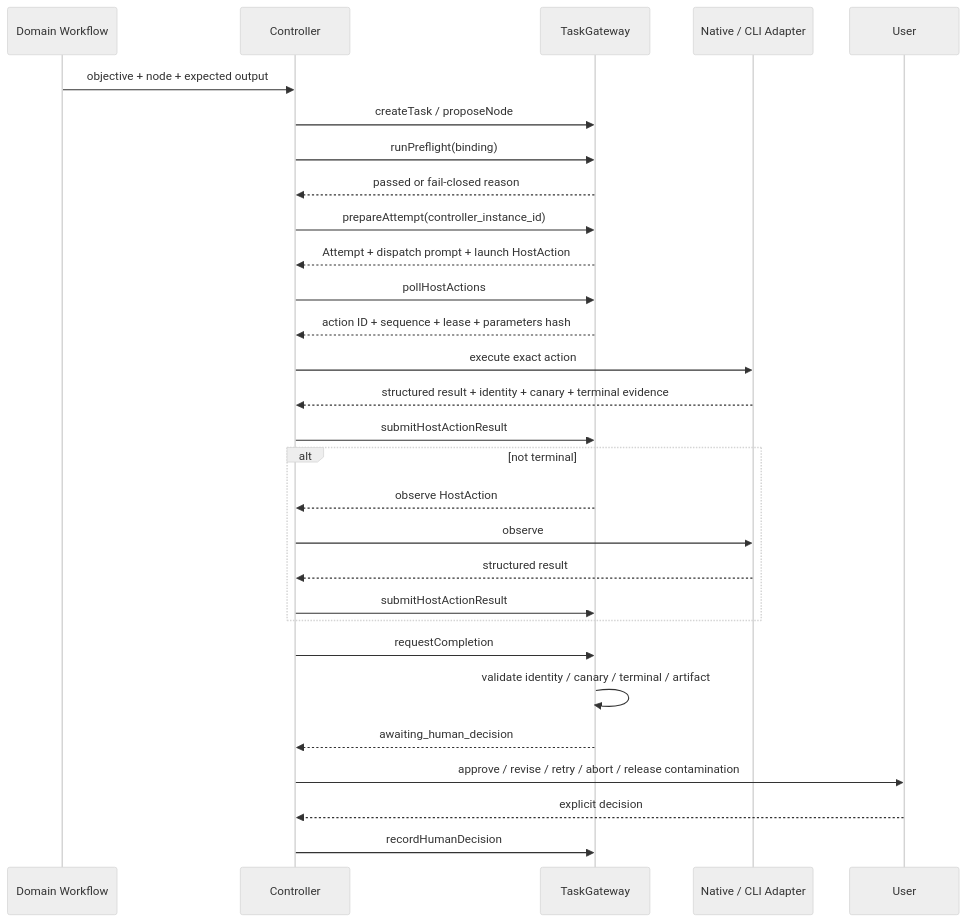
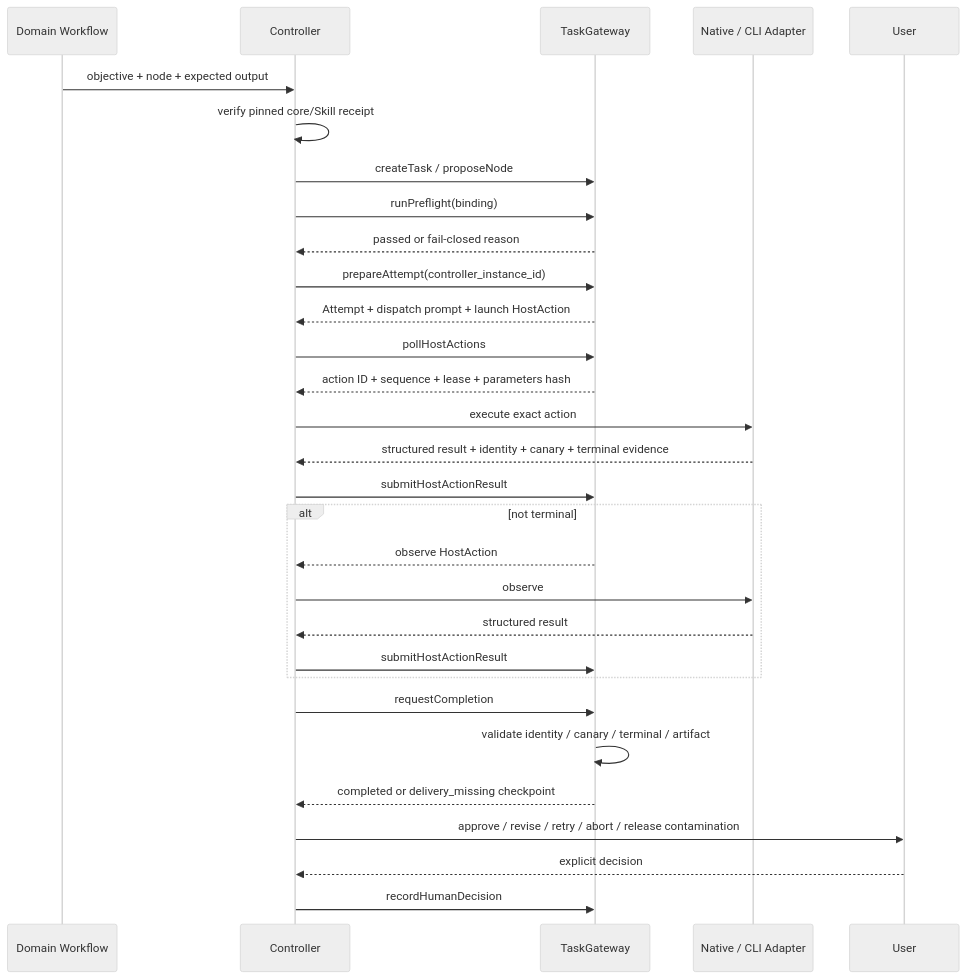
One commit to Ice-Maple/agent-workflow-toolkit changed the second of 2 diagrams in docs/architecture/multi-agent-orchestration-architecture.md. Above: the diagram before and after it, drawn with Mermaid (neutral theme). The commit also changed other lines of this file and 26 other files, not shown here.

````diff
--- a/docs/architecture/multi-agent-orchestration-architecture.md
+++ b/docs/architecture/multi-agent-orchestration-architecture.md
@@ -185,32 +195,33 @@
 ```mermaid
 sequenceDiagram
     participant D as Domain Workflow
     participant C as Controller
     participant G as TaskGateway
     participant A as Native / CLI Adapter
     participant U as User
 
     D->>C: objective + node + expected output
+    C->>C: verify pinned core/Skill receipt
     C->>G: createTask / proposeNode
     C->>G: runPreflight(binding)
     G-->>C: passed or fail-closed reason
     C->>G: prepareAttempt(controller_instance_id)
     G-->>C: Attempt + dispatch prompt + launch HostAction
     C->>G: pollHostActions
     G-->>C: action ID + sequence + lease + parameters hash
     C->>A: execute exact action
     A-->>C: structured result + identity + canary + terminal evidence
     C->>G: submitHostActionResult
     alt not terminal
         G-->>C: observe HostAction
         C->>A: observe
         A-->>C: structured result
         C->>G: submitHostActionResult
     end
     C->>G: requestCompletion
     G->>G: validate identity / canary / terminal / artifact
-    G-->>C: awaiting_human_decision
+    G-->>C: completed or delivery_missing checkpoint
     C->>U: approve / revise / retry / abort / release contamination
     U-->>C: explicit decision
     C->>G: recordHumanDecision
 ```
````
